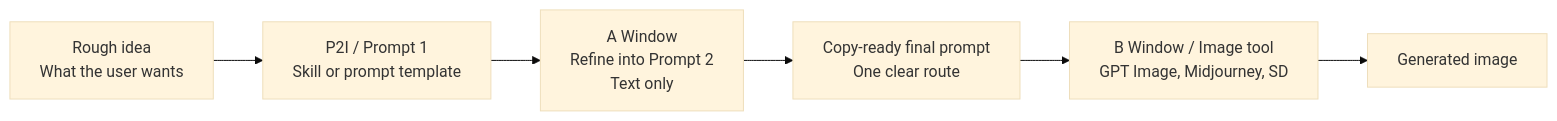
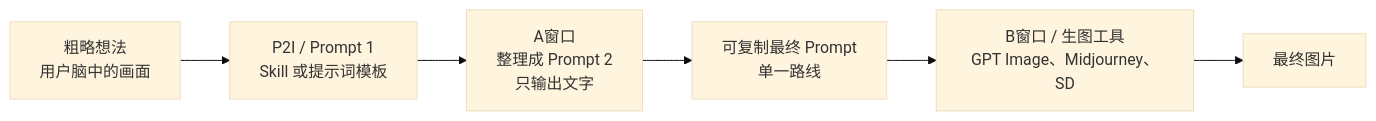
Before and after one commit to waw666waw666/p2i-workflow-cn: the first of 2 diagrams in README.md, drawn with Mermaid (base theme). The commit also changed other lines of this file and 3 other files, not shown here.

````diff
--- a/README.md
+++ b/README.md
@@ -42,8 +42,8 @@
 ```mermaid
 flowchart LR
-    A["Rough idea<br/>What the user wants"] --> B["P2I / Prompt 1<br/>Skill or prompt template"]
-    B --> C["A Window<br/>Refine into Prompt 2<br/>Text only"]
-    C --> D["Copy-ready final prompt<br/>One clear route"]
-    D --> E["B Window / Image tool<br/>GPT Image, Midjourney, SD"]
-    E --> F["Generated image"]
+    A["粗略想法<br/>用户脑中的画面"] --> B["P2I / Prompt 1<br/>Skill 或提示词模板"]
+    B --> C["A窗口<br/>整理成 Prompt 2<br/>只输出文字"]
+    C --> D["可复制最终 Prompt<br/>单一路线"]
+    D --> E["B窗口 / 生图工具<br/>GPT Image、Midjourney、SD"]
+    E --> F["最终图片"]
 ```
````
